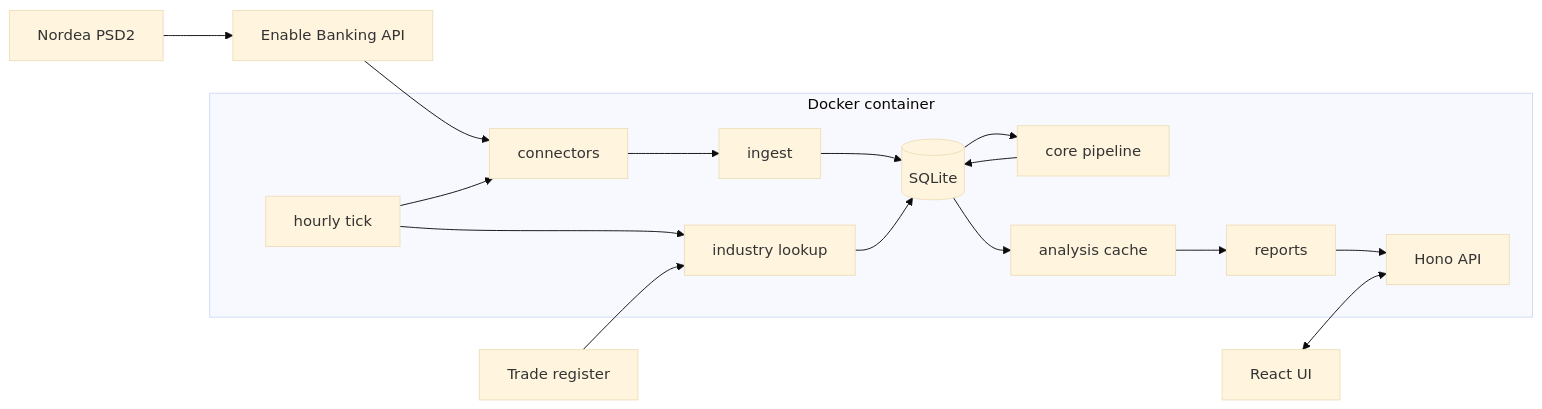
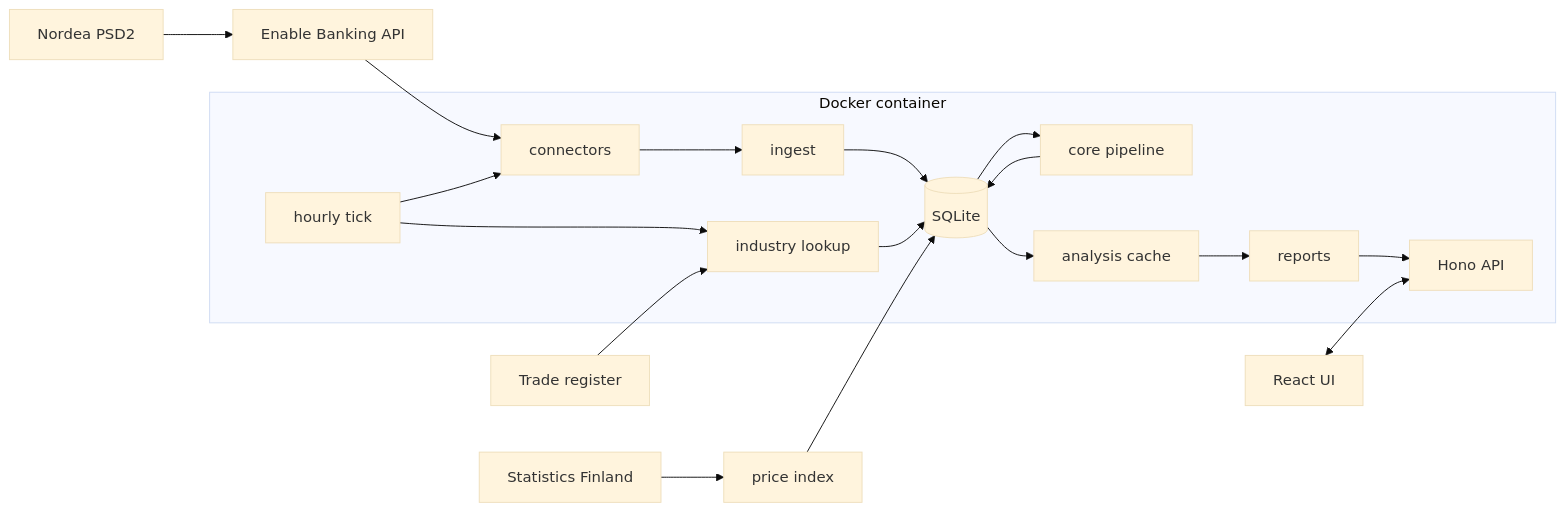
One commit to jouni-mikkola/omatalous changed the diagram in docs/ARCHITECTURE.md. Above: the diagram before and after it, drawn with Mermaid (base theme). The commit also changed other lines of this file and 1507 other files, not shown here.

````diff
--- a/docs/ARCHITECTURE.md
+++ b/docs/ARCHITECTURE.md
@@ -57,13 +70,15 @@
 ```mermaid
 flowchart LR
   N[Nordea PSD2] --> EB[Enable Banking API] --> P
   subgraph Container["Docker container"]
     P[connectors] --> I[ingest] --> DB[(SQLite)]
     DB --> E[core pipeline] --> DB
     DB --> C[analysis cache] --> R[reports] --> API[Hono API]
     S[hourly tick] --> P
     S --> L[industry lookup] --> DB
   end
   PRH[Trade register] --> L
+  STAT[Statistics Finland] --> PI[price index]
+  PI --> DB
   UI[React UI] <--> API
 ```
````
